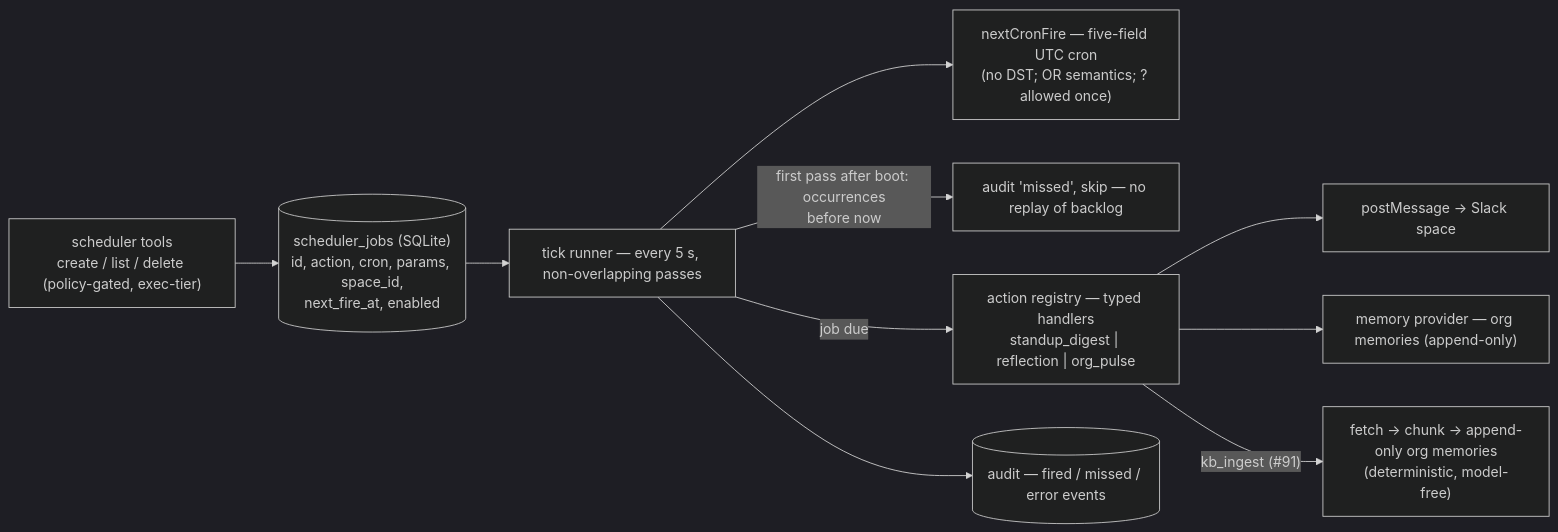
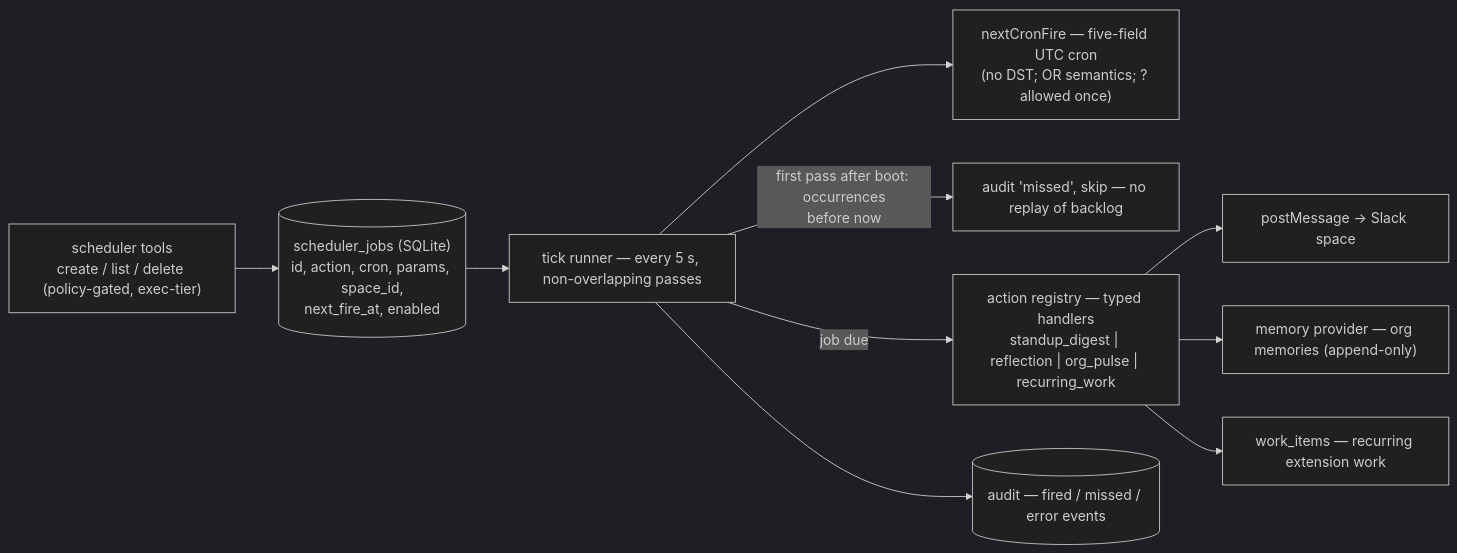
The eighth of 10 diagrams in architecture.md (serrrfirat/bottega), drawn with Mermaid (dark theme) before and after one commit. The commit also changed other lines of this file, not shown here.

First line of the commit message:
docs(architecture): documented KB, proactive onboarding, responsiveness, credential resolution, dev launcher topology, testing infra

````diff
--- a/architecture.md
+++ b/architecture.md
@@ -414,13 +493,13 @@
 ```mermaid
 flowchart LR
     TOOL["scheduler tools<br/>create / list / delete (policy-gated, exec-tier)"]
     TOOL --> DB[("scheduler_jobs (SQLite)<br/>id, action, cron, params, space_id,<br/>next_fire_at, enabled")]
     DB --> RUN["tick runner — every 5 s, non-overlapping passes"]
     RUN --> CRON["nextCronFire — five-field UTC cron<br/>(no DST; OR semantics; ? allowed once)"]
     RUN -- "first pass after boot: occurrences<br/>before now" --> MISS["audit 'missed', skip — no replay of backlog"]
-    RUN -- "job due" --> ACT["action registry — typed handlers<br/>standup_digest | reflection | org_pulse"]
+    RUN -- "job due" --> ACT["action registry — typed handlers<br/>standup_digest | reflection | org_pulse | recurring_work"]
     ACT --> POST["postMessage → Slack space"]
     ACT --> MEM["memory provider — org memories (append-only)"]
+    ACT --> WI["work_items — recurring extension work"]
     RUN --> AUD[("audit — fired / missed / error events")]
-    ACT -- "kb_ingest (#91)" --> KB["fetch → chunk → append-only org memories<br/>(deterministic, model-free)"]
 ```
````
